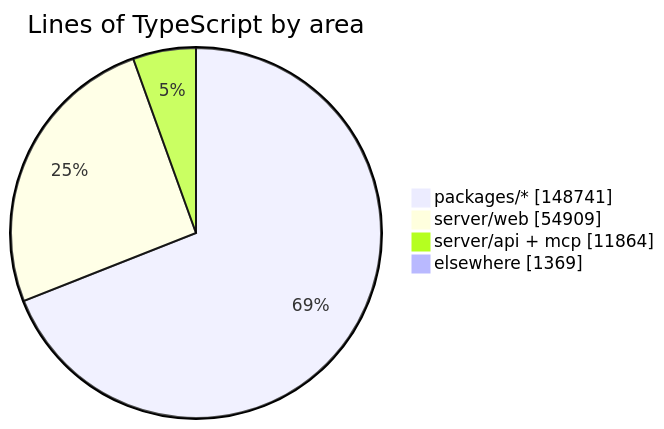
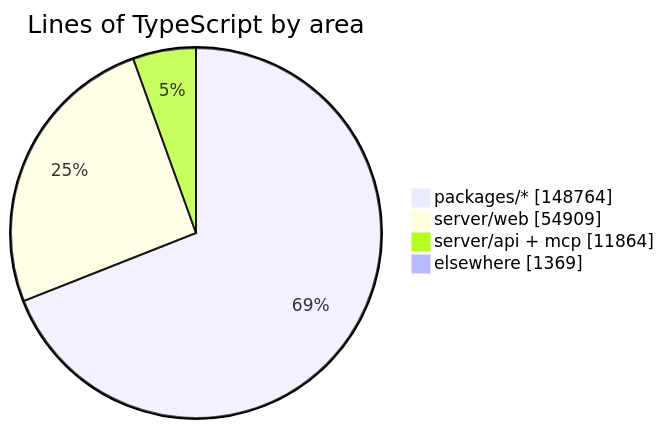
The diagram in README.md (crossworks-engineering/mantle), drawn with Mermaid before and after one commit. The commit also changed other lines of this file and 2 other files, not shown here.

````diff
--- a/README.md
+++ b/README.md
@@ -279,7 +279,7 @@
 ```mermaid
 pie showData title Lines of TypeScript by area
-    "packages/*" : 148741
+    "packages/*" : 148764
     "server/web" : 54909
     "server/api + mcp" : 11864
     "elsewhere" : 1369
 ```
````
